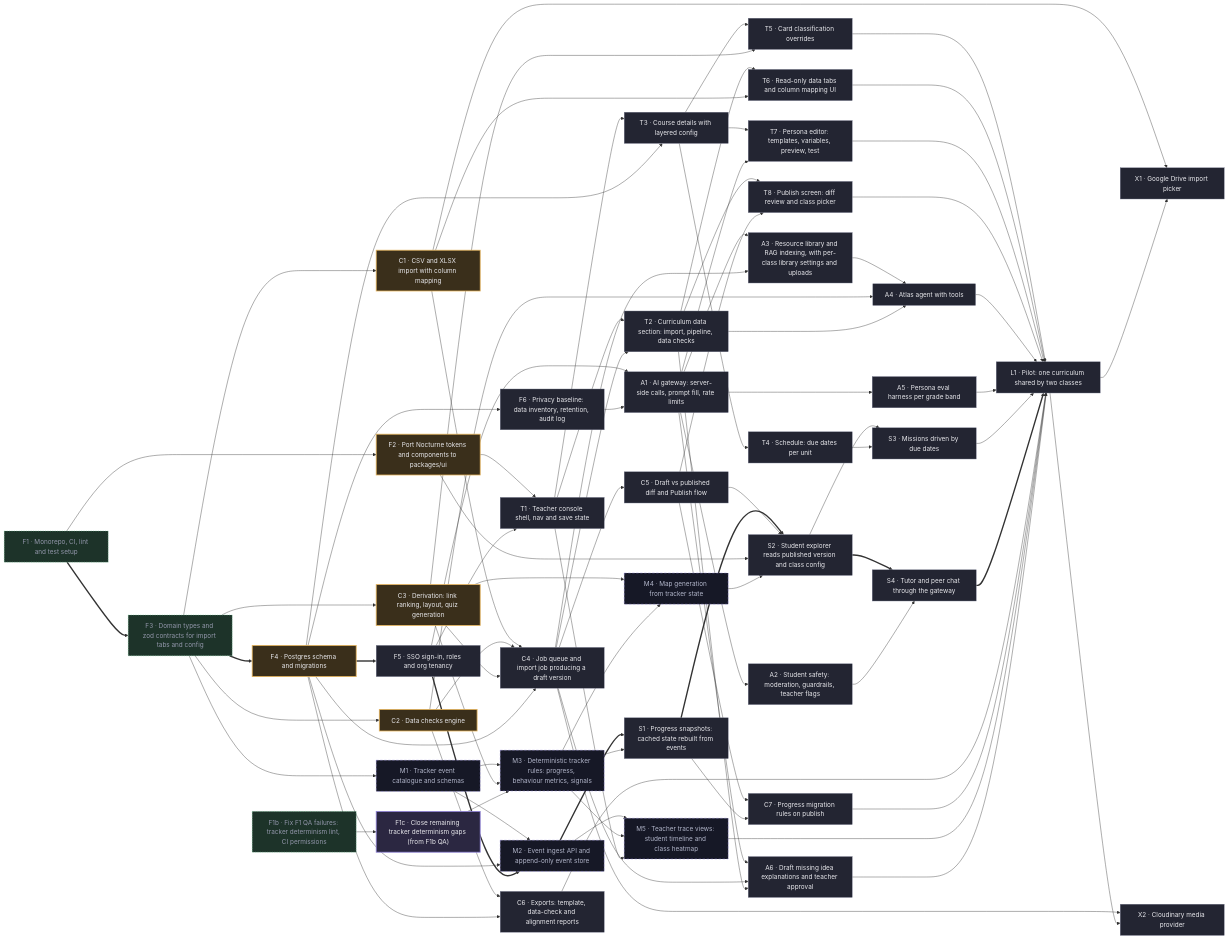
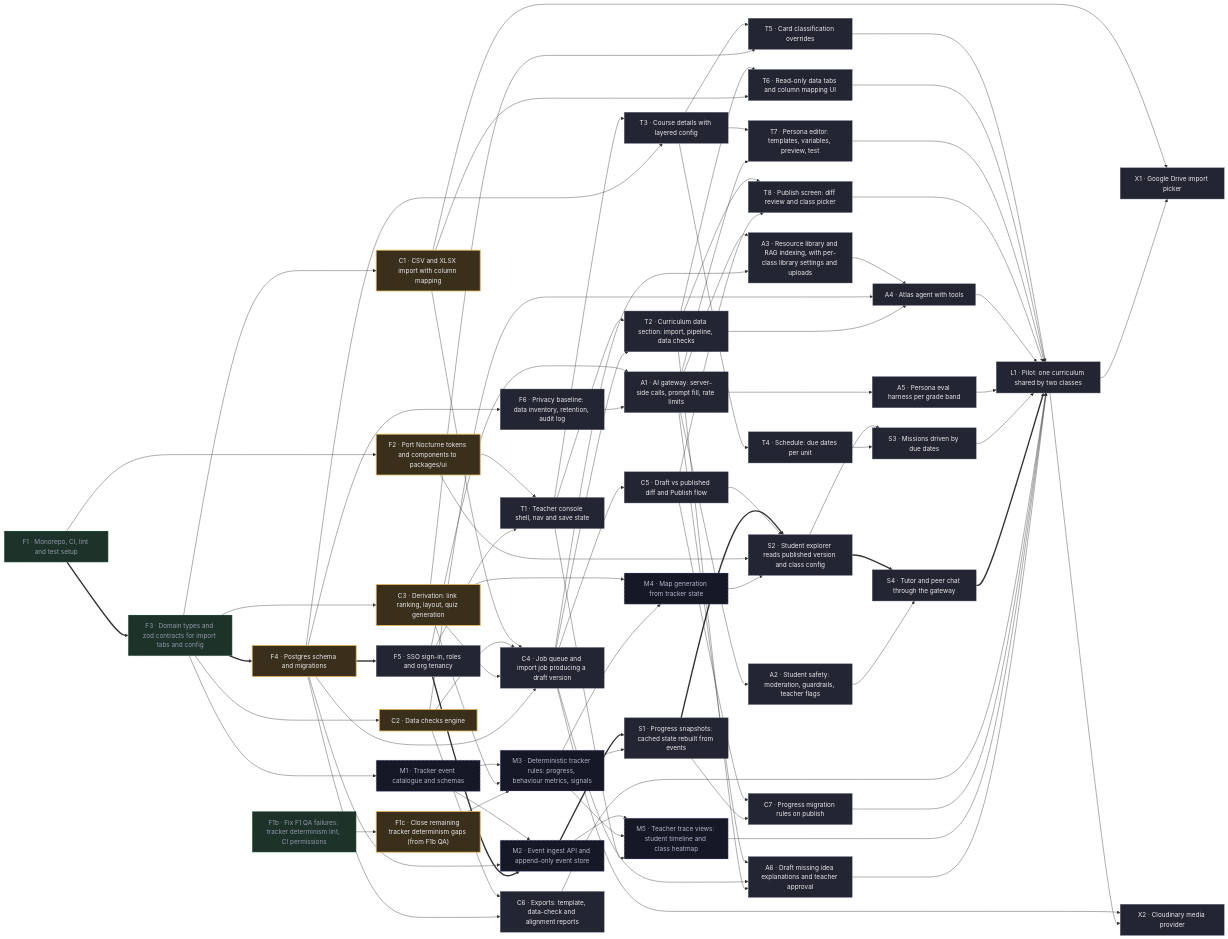
One commit to tenkevin/mind-your-tutor changed the diagram in docs/PLAN.md. Above: the diagram before and after it, drawn with Mermaid. The commit also changed other lines of this file and 1 other file, not shown here.

First line of the commit message:
plan: F1c in review (PR #10)

````diff
--- a/docs/PLAN.md
+++ b/docs/PLAN.md
@@ -210,8 +210,7 @@
   classDef done fill:#1d3329,stroke:#6fcf97,color:#9397ab,stroke-dasharray:3 3
   classDef spec fill:#161826,stroke:#968ae0,color:#b2b6ca,stroke-dasharray:6 4
   class F5,F6,C4,C5,C6,C7,T1,T2,T3,T4,T5,T6,T7,T8,A1,A2,A3,A4,A5,A6,S1,S2,S3,S4,L1,X1,X2 todo
-  class F1c doing
-  class F2,F4,C1,C2,C3 review
+  class F1c,F2,F4,C1,C2,C3 review
   class F1,F1b,F3 done
   class M1,M2,M3,M4,M5 spec
 ```
````
